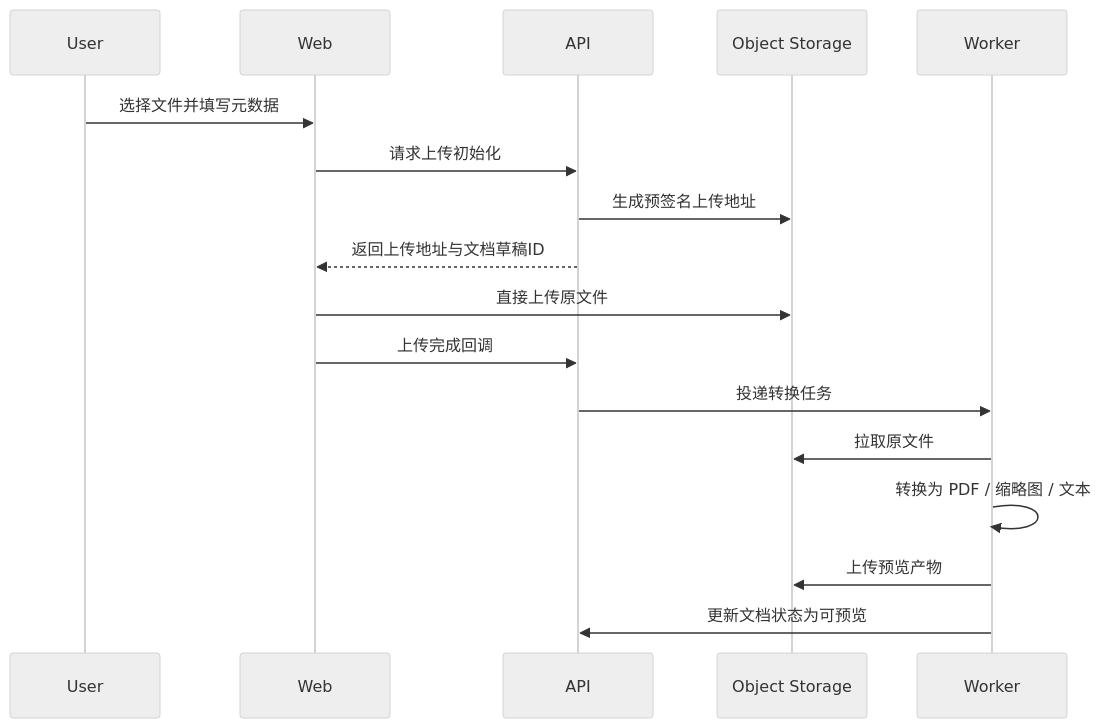
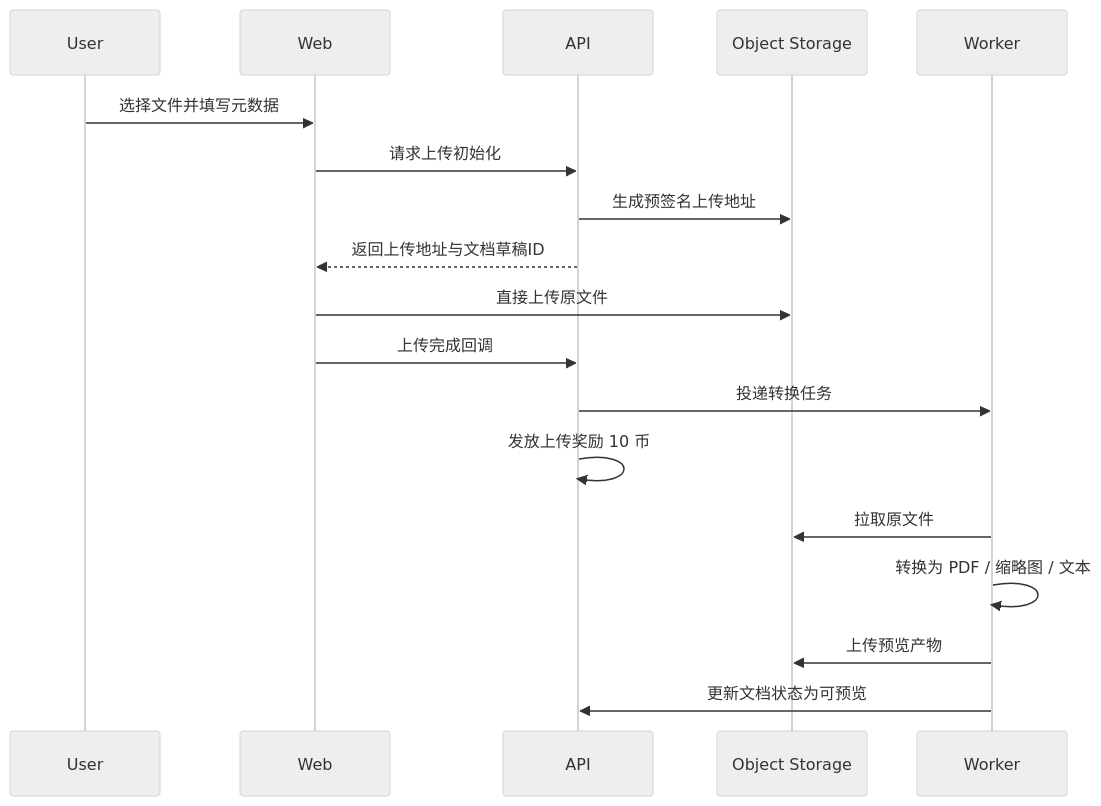
The third of 3 diagrams in docs/architecture.md (tutusiji/chongshiwenku), drawn with Mermaid (neutral theme) before and after one commit. The commit also changed other lines of this file and 2 other files, not shown here.

````diff
--- a/docs/architecture.md
+++ b/docs/architecture.md
@@ -347,20 +430,21 @@
 ```mermaid
 sequenceDiagram
     participant U as User
     participant W as Web
     participant A as API
     participant S as Object Storage
     participant Q as Worker
 
     U->>W: 选择文件并填写元数据
     W->>A: 请求上传初始化
     A->>S: 生成预签名上传地址
     A-->>W: 返回上传地址与文档草稿ID
     W->>S: 直接上传原文件
     W->>A: 上传完成回调
     A->>Q: 投递转换任务
+    A->>A: 发放上传奖励 10 币
     Q->>S: 拉取原文件
     Q->>Q: 转换为 PDF / 缩略图 / 文本
     Q->>S: 上传预览产物
     Q->>A: 更新文档状态为可预览
 ```
````
